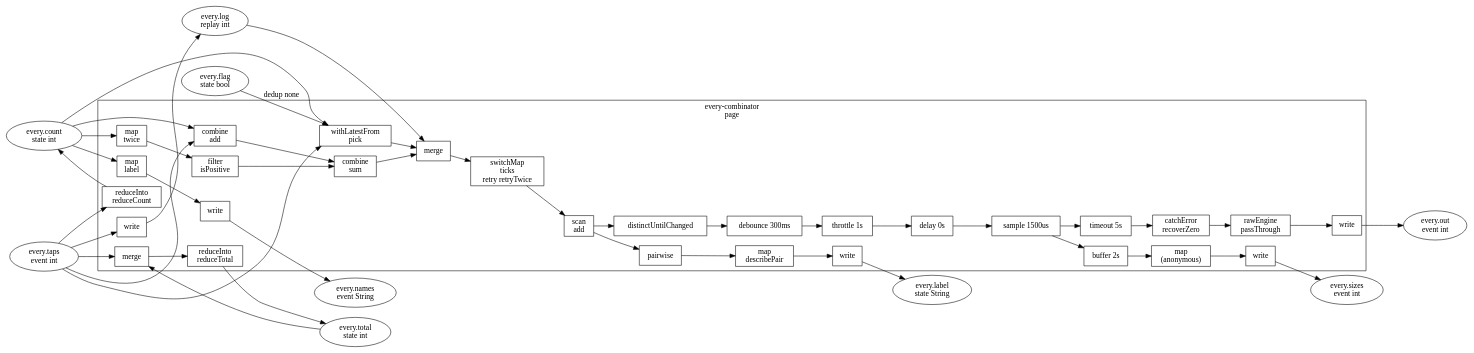
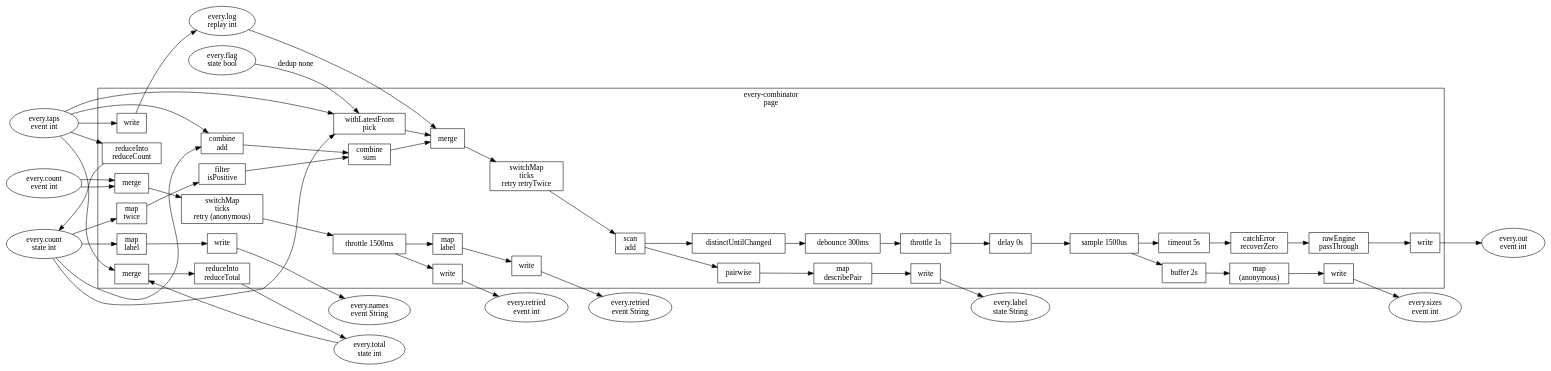
One commit to Samsara-Stream/nidana-bus-dart changed the diagram in hsdd/contract/fixture/topology-ir/render/every_combinator.dot. Above: the diagram before and after it, drawn with Graphviz. The commit also changed 12 other files, not shown here.

```diff
--- a/hsdd/contract/fixture/topology-ir/render/every_combinator.dot
+++ b/hsdd/contract/fixture/topology-ir/render/every_combinator.dot
@@ -1,87 +1,105 @@
 digraph topologies {
   rankdir=LR;
   t0 [shape=ellipse, label="every.count\nstate int"];
-  t1 [shape=ellipse, label="every.flag\nstate bool"];
-  t2 [shape=ellipse, label="every.label\nstate String"];
-  t3 [shape=ellipse, label="every.log\nreplay int"];
-  t4 [shape=ellipse, label="every.names\nevent String"];
-  t5 [shape=ellipse, label="every.out\nevent int"];
-  t6 [shape=ellipse, label="every.sizes\nevent int"];
-  t7 [shape=ellipse, label="every.taps\nevent int"];
-  t8 [shape=ellipse, label="every.total\nstate int"];
+  t1 [shape=ellipse, label="every.count\nevent int"];
+  t2 [shape=ellipse, label="every.flag\nstate bool"];
+  t3 [shape=ellipse, label="every.label\nstate String"];
+  t4 [shape=ellipse, label="every.log\nreplay int"];
+  t5 [shape=ellipse, label="every.names\nevent String"];
+  t6 [shape=ellipse, label="every.out\nevent int"];
+  t7 [shape=ellipse, label="every.retried\nevent String"];
+  t8 [shape=ellipse, label="every.retried\nevent int"];
+  t9 [shape=ellipse, label="every.sizes\nevent int"];
+  t10 [shape=ellipse, label="every.taps\nevent int"];
+  t11 [shape=ellipse, label="every.total\nstate int"];
   subgraph cluster_p0 {
     label="every-combinator\npage";
     p0e0 [shape=box, label="map\ntwice"];
     p0e1 [shape=box, label="filter\nisPositive"];
     p0e2 [shape=box, label="combine\nadd"];
     p0e3 [shape=box, label="combine\nsum"];
     p0e4 [shape=box, label="withLatestFrom\npick"];
     p0e5 [shape=box, label="merge"];
     p0e6 [shape=box, label="switchMap\nticks\nretry retryTwice"];
     p0e7 [shape=box, label="scan\nadd"];
     p0e8 [shape=box, label="pairwise"];
     p0e9 [shape=box, label="distinctUntilChanged"];
     p0e10 [shape=box, label="debounce 300ms"];
     p0e11 [shape=box, label="throttle 1s"];
     p0e12 [shape=box, label="delay 0s"];
     p0e13 [shape=box, label="sample 1500us"];
     p0e14 [shape=box, label="buffer 2s"];
     p0e15 [shape=box, label="timeout 5s"];
     p0e16 [shape=box, label="catchError\nrecoverZero"];
     p0e17 [shape=box, label="rawEngine\npassThrough"];
     p0e18 [shape=box, label="map\n(anonymous)"];
     p0e19 [shape=box, label="map\ndescribePair"];
     p0e20 [shape=box, label="map\nlabel"];
     p0e21 [shape=box, label="merge"];
-    p0e22 [shape=box, label="write"];
-    p0e23 [shape=box, label="write"];
-    p0e24 [shape=box, label="write"];
-    p0e25 [shape=box, label="write"];
-    p0e26 [shape=box, label="reduceInto\nreduceCount"];
-    p0e27 [shape=box, label="reduceInto\nreduceTotal"];
+    p0e22 [shape=box, label="merge"];
+    p0e23 [shape=box, label="switchMap\nticks\nretry (anonymous)"];
+    p0e24 [shape=box, label="throttle 1500ms"];
+    p0e25 [shape=box, label="map\nlabel"];
+    p0e26 [shape=box, label="write"];
+    p0e27 [shape=box, label="write"];
     p0e28 [shape=box, label="write"];
+    p0e29 [shape=box, label="write"];
+    p0e30 [shape=box, label="reduceInto\nreduceCount"];
+    p0e31 [shape=box, label="reduceInto\nreduceTotal"];
+    p0e32 [shape=box, label="write"];
+    p0e33 [shape=box, label="write"];
+    p0e34 [shape=box, label="write"];
   }
   t0 -> p0e0;
   p0e0 -> p0e1;
   t0 -> p0e2;
-  t7 -> p0e2;
+  t10 -> p0e2;
   p0e2 -> p0e3;
   p0e1 -> p0e3;
-  t7 -> p0e4;
+  t10 -> p0e4;
   t0 -> p0e4;
-  t1 -> p0e4 [label="dedup none"];
+  t2 -> p0e4 [label="dedup none"];
   p0e4 -> p0e5;
   p0e3 -> p0e5;
-  t3 -> p0e5;
+  t4 -> p0e5;
   p0e5 -> p0e6;
   p0e6 -> p0e7;
   p0e7 -> p0e8;
   p0e7 -> p0e9;
   p0e9 -> p0e10;
   p0e10 -> p0e11;
   p0e11 -> p0e12;
   p0e12 -> p0e13;
   p0e13 -> p0e14;
   p0e13 -> p0e15;
   p0e15 -> p0e16;
   p0e16 -> p0e17;
   p0e14 -> p0e18;
   p0e8 -> p0e19;
   t0 -> p0e20;
-  t8 -> p0e21;
-  t7 -> p0e21;
-  p0e17 -> p0e22;
-  p0e22 -> t5;
-  p0e18 -> p0e23;
-  p0e23 -> t6;
-  p0e19 -> p0e24;
-  p0e24 -> t2;
-  p0e20 -> p0e25;
-  p0e25 -> t4;
-  t7 -> p0e26;
-  p0e26 -> t0;
-  p0e21 -> p0e27;
-  p0e27 -> t8;
-  t7 -> p0e28;
+  t11 -> p0e21;
+  t10 -> p0e21;
+  t1 -> p0e22;
+  t1 -> p0e22;
+  p0e22 -> p0e23;
+  p0e23 -> p0e24;
+  p0e24 -> p0e25;
+  p0e17 -> p0e26;
+  p0e26 -> t6;
+  p0e18 -> p0e27;
+  p0e27 -> t9;
+  p0e19 -> p0e28;
   p0e28 -> t3;
+  p0e20 -> p0e29;
+  p0e29 -> t5;
+  t10 -> p0e30;
+  p0e30 -> t0;
+  p0e21 -> p0e31;
+  p0e31 -> t11;
+  t10 -> p0e32;
+  p0e32 -> t4;
+  p0e24 -> p0e33;
+  p0e33 -> t8;
+  p0e25 -> p0e34;
+  p0e34 -> t7;
 }
```
